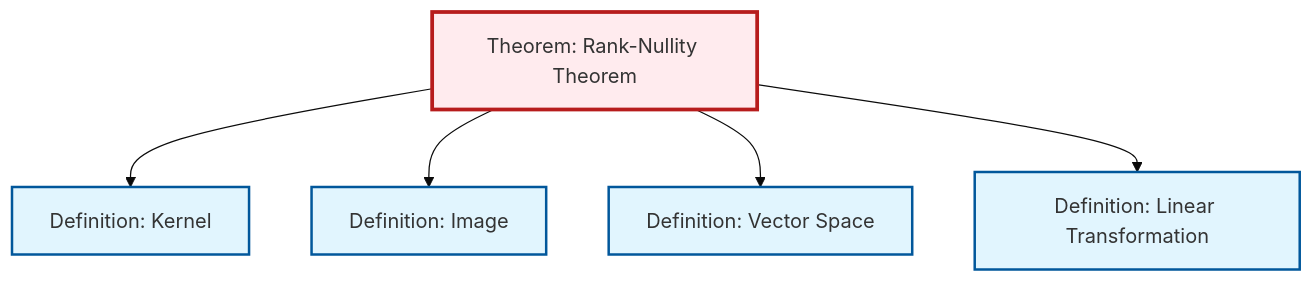
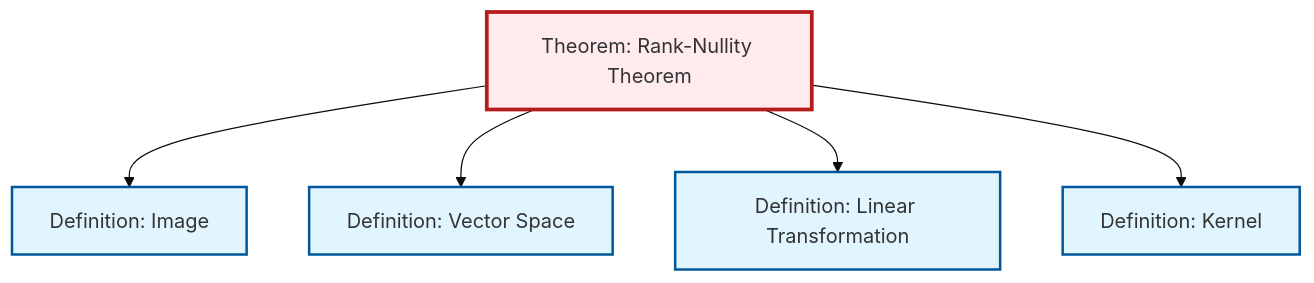
One commit to RK0429/ModernMath changed the diagram in content/en/algebra/thm-rank-nullity.qmd. Above: the diagram before and after it, drawn with Mermaid (base theme). The commit also changed other lines of this file and 615 other files, not shown here.

````diff
--- a/content/en/algebra/thm-rank-nullity.qmd
+++ b/content/en/algebra/thm-rank-nullity.qmd
@@ -55,23 +55,23 @@
 ```{mermaid}
 %%| fig-cap: "Local dependency graph"
 graph TD
     classDef definition fill:#e1f5fe,stroke:#01579b,stroke-width:2px
     classDef theorem fill:#f3e5f5,stroke:#4a148c,stroke-width:2px
     classDef axiom fill:#fff3e0,stroke:#e65100,stroke-width:2px
     classDef example fill:#e8f5e9,stroke:#1b5e20,stroke-width:2px
     classDef current fill:#ffebee,stroke:#b71c1c,stroke-width:3px
     def-image["Definition: Image"]:::definition
     def-linear-transformation["Definition: Linear Transformation"]:::definition
+    def-kernel["Definition: Kernel"]:::definition
+    thm-rank-nullity["Theorem: Rank-Nullity Theorem"]:::theorem
     def-vector-space["Definition: Vector Space"]:::definition
-    thm-rank-nullity["Theorem: Rank-Nullity Theorem"]:::theorem
-    def-kernel["Definition: Kernel"]:::definition
-    thm-rank-nullity --> def-kernel
     thm-rank-nullity --> def-image
     thm-rank-nullity --> def-vector-space
     thm-rank-nullity --> def-linear-transformation
+    thm-rank-nullity --> def-kernel
     class thm-rank-nullity current
     click def-image "def-image.html" "Go to Image definition"
     click def-linear-transformation "def-linear-transformation.html" "Go to Linear Transformation definition"
+    click def-kernel "def-kernel.html" "Go to Kernel definition"
     click def-vector-space "def-vector-space.html" "Go to Vector Space definition"
-    click def-kernel "def-kernel.html" "Go to Kernel definition"
 ```
````
